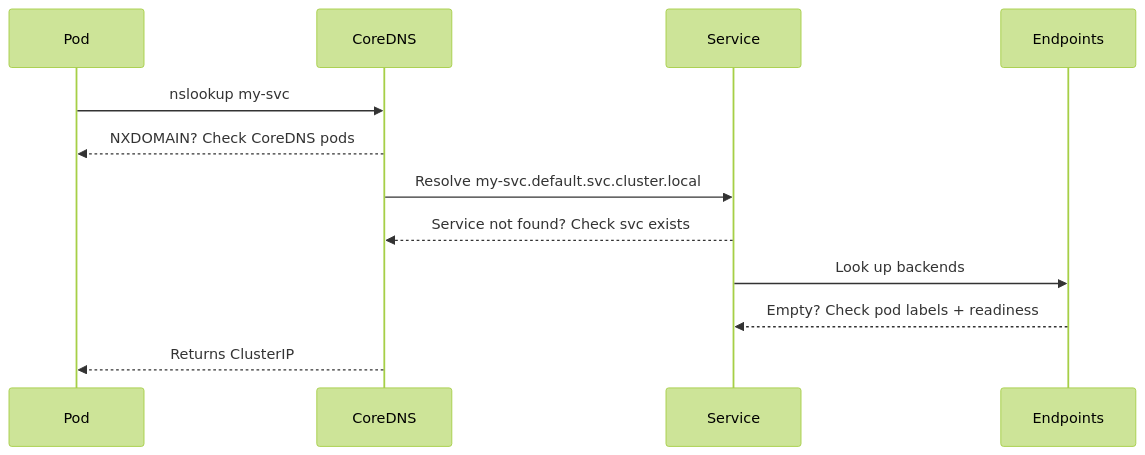
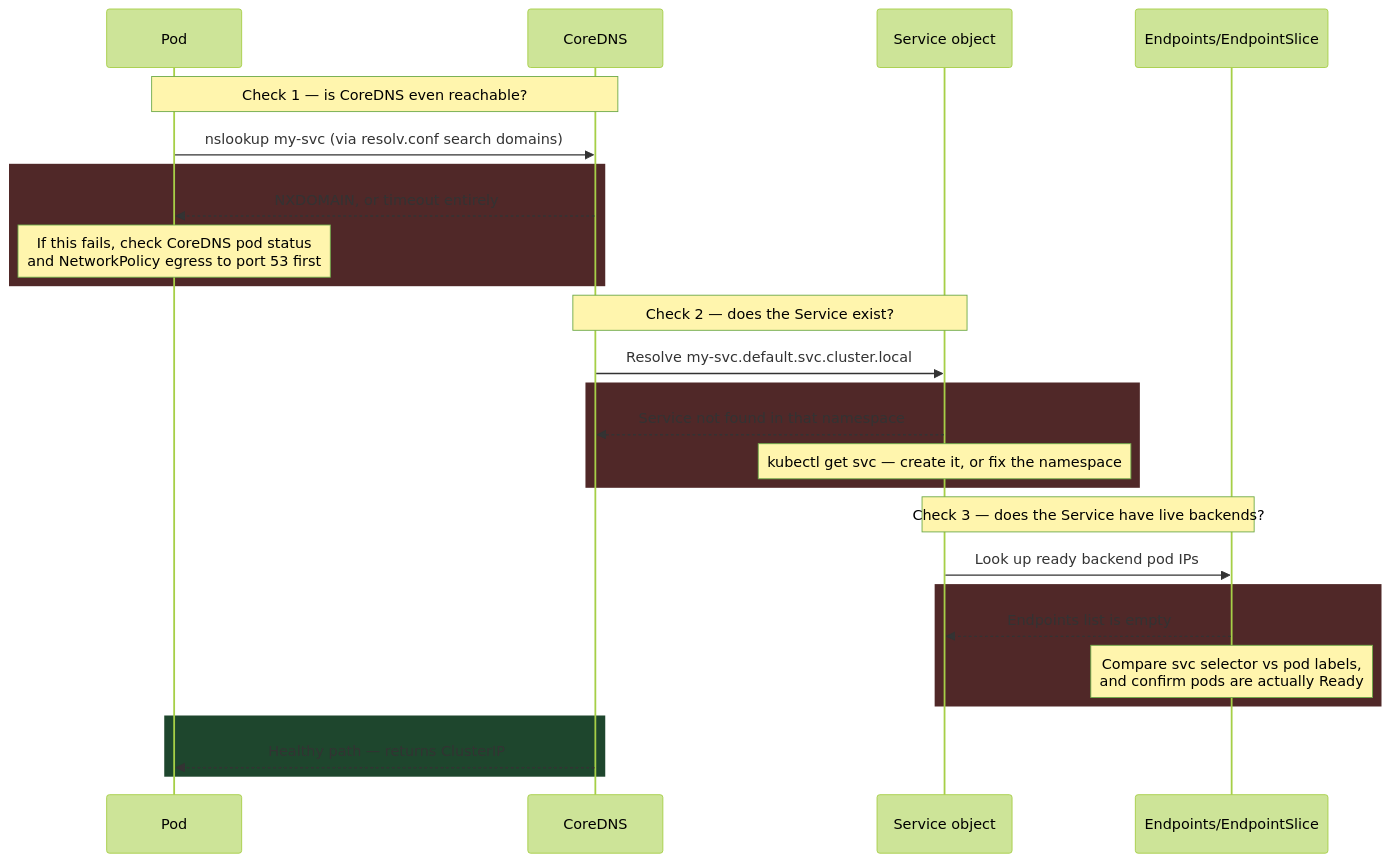
The fifth of 13 diagrams in sre/k8s-scenarios.md (deepanshu-rawat6/DevOpsIndex), drawn with Mermaid (forest theme) before and after one commit. The commit also changed other lines of this file and 10 other files, not shown here.

````diff
--- a/sre/k8s-scenarios.md
+++ b/sre/k8s-scenarios.md
@@ -705,15 +915,32 @@
 ```mermaid
 sequenceDiagram
     participant P as Pod
     participant CD as CoreDNS
-    participant S as Service
-    participant E as Endpoints
+    participant S as Service object
+    participant E as Endpoints/EndpointSlice
 
-    P->>CD: nslookup my-svc
-    CD-->>P: NXDOMAIN? Check CoreDNS pods
+    Note over P,CD: Check 1 — is CoreDNS even reachable?
+    P->>CD: nslookup my-svc (via resolv.conf search domains)
+    rect rgb(80, 40, 40)
+    CD-->>P: NXDOMAIN, or timeout entirely
+    Note over P: If this fails, check CoreDNS pod status<br/>and NetworkPolicy egress to port 53 first
+    end
+
+    Note over CD,S: Check 2 — does the Service exist?
     CD->>S: Resolve my-svc.default.svc.cluster.local
-    S-->>CD: Service not found? Check svc exists
-    S->>E: Look up backends
-    E-->>S: Empty? Check pod labels + readiness
-    CD-->>P: Returns ClusterIP
+    rect rgb(80, 40, 40)
+    S-->>CD: Service not found in that namespace
+    Note over S: kubectl get svc — create it, or fix the namespace
+    end
+
+    Note over S,E: Check 3 — does the Service have live backends?
+    S->>E: Look up ready backend pod IPs
+    rect rgb(80, 40, 40)
+    E-->>S: Endpoints list is empty
+    Note over E: Compare svc selector vs pod labels,<br/>and confirm pods are actually Ready
+    end
+
+    rect rgb(30, 70, 45)
+    CD-->>P: Healthy path — returns ClusterIP
+    end
 ```
````
